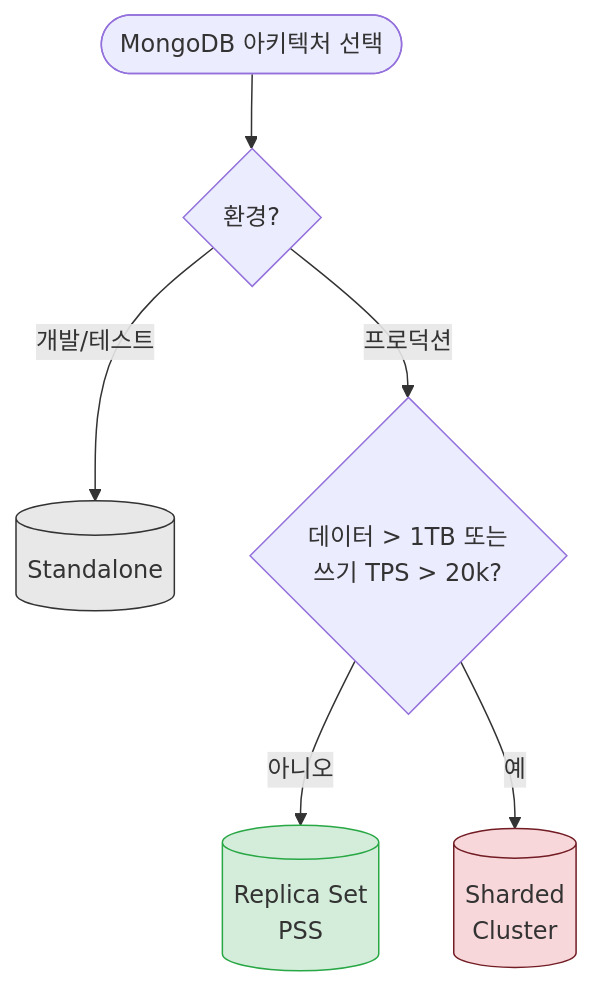
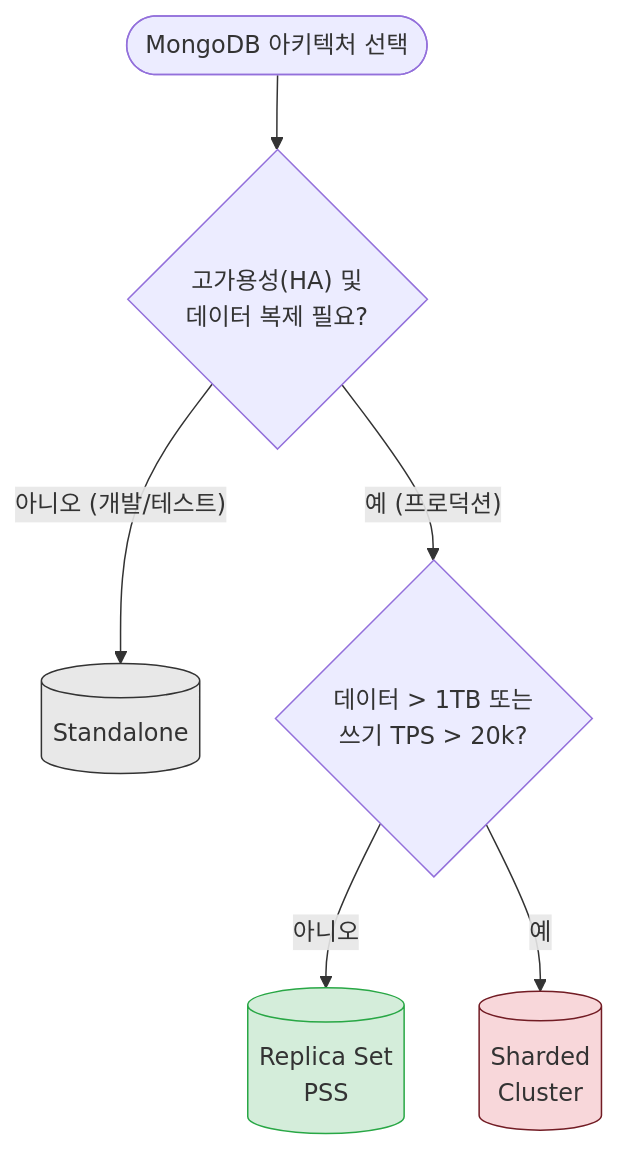
Before and after one commit to ta-mingyu/was-postgre-mongo: the second of 9 diagrams in reports/db-standard-guide-v3.md, drawn with Mermaid. The commit also changed other lines of this file and 3 other files, not shown here.

````diff
--- a/reports/db-standard-guide-v3.md
+++ b/reports/db-standard-guide-v3.md
@@ -63,12 +63,12 @@
 ```mermaid
 flowchart TD
-    START(["MongoDB 아키텍처 선택"]) --> Q1{"환경?"}
-    Q1 -->|"개발/테스트"| MG_SA[("Standalone")]
-    Q1 -->|"프로덕션"| Q2{"데이터 > 1TB 또는<br/>쓰기 TPS > 20k?"}
+    START(["MongoDB 아키텍처 선택"]) --> Q1{"고가용성(HA) 및<br/>데이터 복제 필요?"}
+    Q1 -->|"아니오 (개발/테스트)"| MG_SA[("Standalone")]
+    Q1 -->|"예 (프로덕션)"| Q2{"데이터 > 1TB 또는<br/>쓰기 TPS > 20k?"}
     Q2 -->|"아니오"| MG_RS[("Replica Set<br/>PSS")]
     Q2 -->|"예"| MG_SHARD[("Sharded<br/>Cluster")]
 
     style MG_SA fill:#e8e8e8,stroke:#333
     style MG_RS fill:#d4edda,stroke:#28a745
     style MG_SHARD fill:#f8d7da,stroke:#721c24
 ```
````
